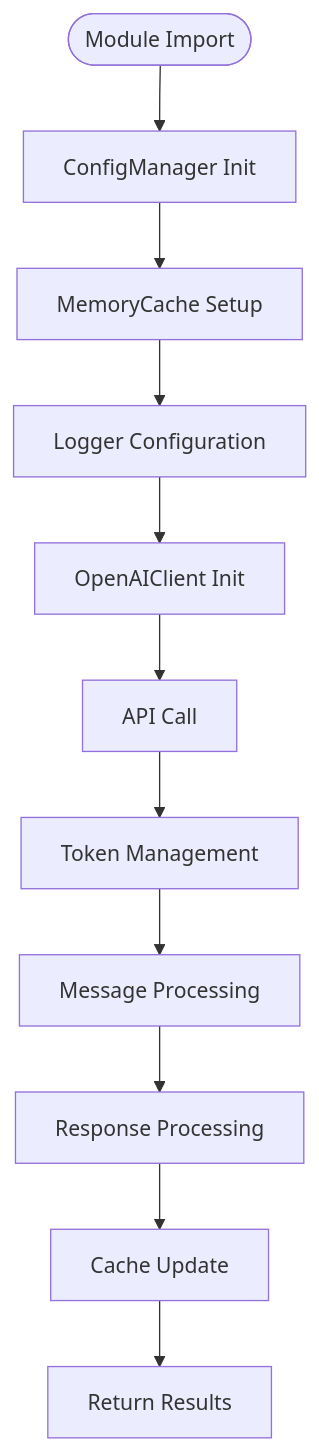
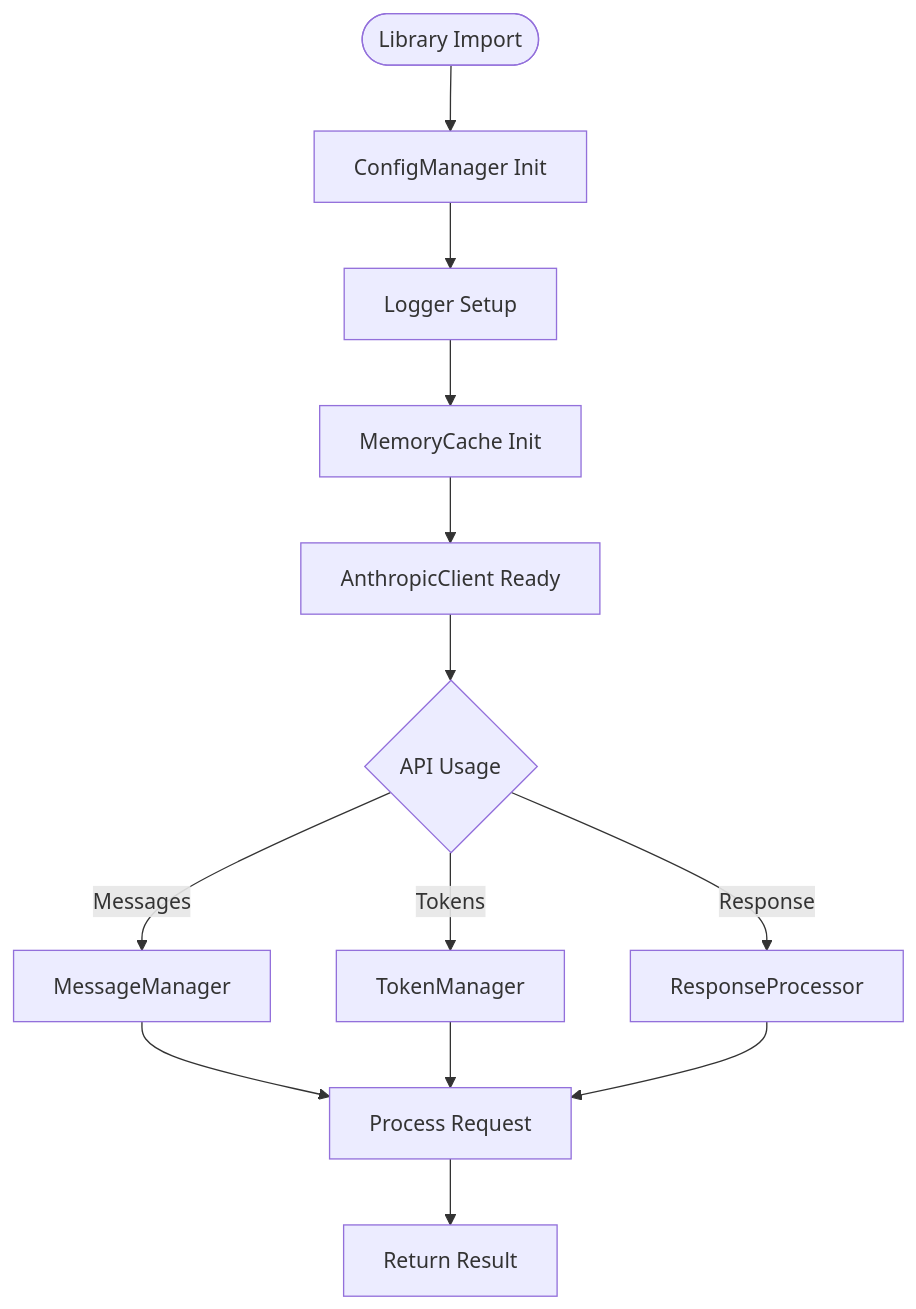
Before and after one commit to nakashima2toshio/anthropic_api_jp: the second of 10 diagrams in doc/helper_api.md, drawn with Mermaid. The commit also changed other lines of this file and 12 other files, not shown here.

````diff
--- a/doc/helper_api.md
+++ b/doc/helper_api.md
@@ -54,14 +49,18 @@
 ```mermaid
 flowchart TD
-    Start(["Module Import"]) --> Config["ConfigManager Init"]
-    Config --> Cache["MemoryCache Setup"]
-    Cache --> Logger["Logger Configuration"]
-    Logger --> Client["OpenAIClient Init"]
+    Start(["Library Import"]) --> Config["ConfigManager Init"]
+    Config --> Logger["Logger Setup"]
+    Logger --> Cache["MemoryCache Init"]
+    Cache --> Client["AnthropicClient Ready"]
     
-    Client --> API["API Call"]
-    API --> Token["Token Management"]
-    Token --> Message["Message Processing"]
-    Message --> Response["Response Processing"]
-    Response --> Cache2["Cache Update"]
-    Cache2 --> Result["Return Results"]
+    Client --> Usage{API Usage}
+    Usage -->|Messages| MM["MessageManager"]
+    Usage -->|Tokens| TM["TokenManager"]
+    Usage -->|Response| RP["ResponseProcessor"]
+    
+    MM --> Process["Process Request"]
+    TM --> Process
+    RP --> Process
+    
+    Process --> Result["Return Result"]
 ```
````
